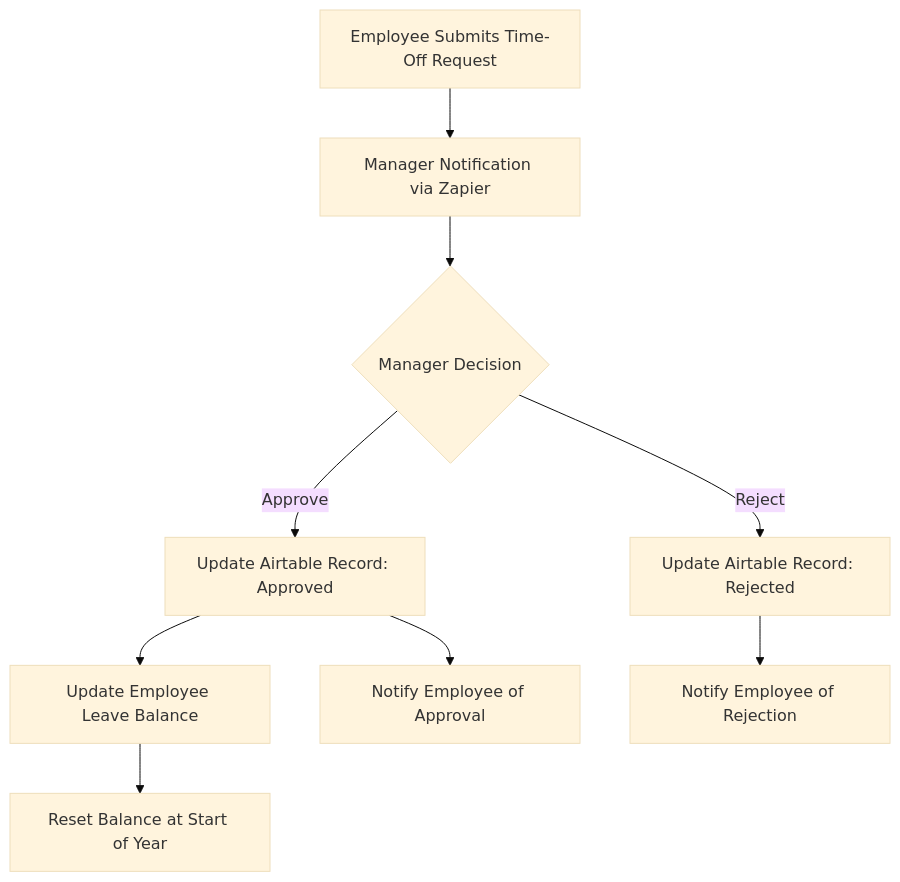
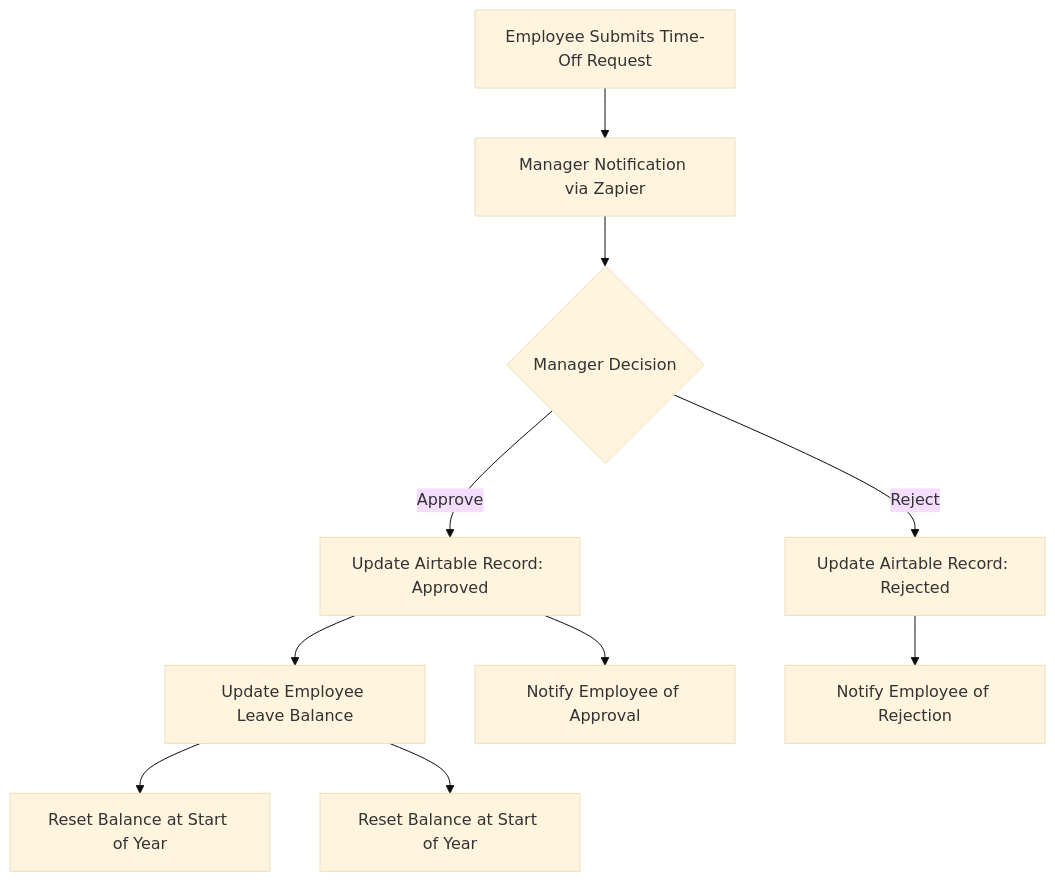
One commit to bayoxx/Automated-Employee-Time-Off-Management-System changed the diagram in README.md. Above: the diagram before and after it, drawn with Mermaid (base theme). The commit also changed other lines of this file, not shown here.

````diff
--- a/README.md
+++ b/README.md
@@ -43,11 +43,12 @@
 ```mermaid
 flowchart TD
     A[Employee Submits Time-Off Request] --> B[Manager Notification via Zapier]
     B --> C{Manager Decision}
     C -->|Approve| D[Update Airtable Record: Approved]
     C -->|Reject| E[Update Airtable Record: Rejected]
     D --> F[Update Employee Leave Balance]
     D --> G[Notify Employee of Approval]
     E --> H[Notify Employee of Rejection]
     F --> I[Reset Balance at Start of Year]
+    F --> J[Reset Balance at Start of Year]
 ```
````
